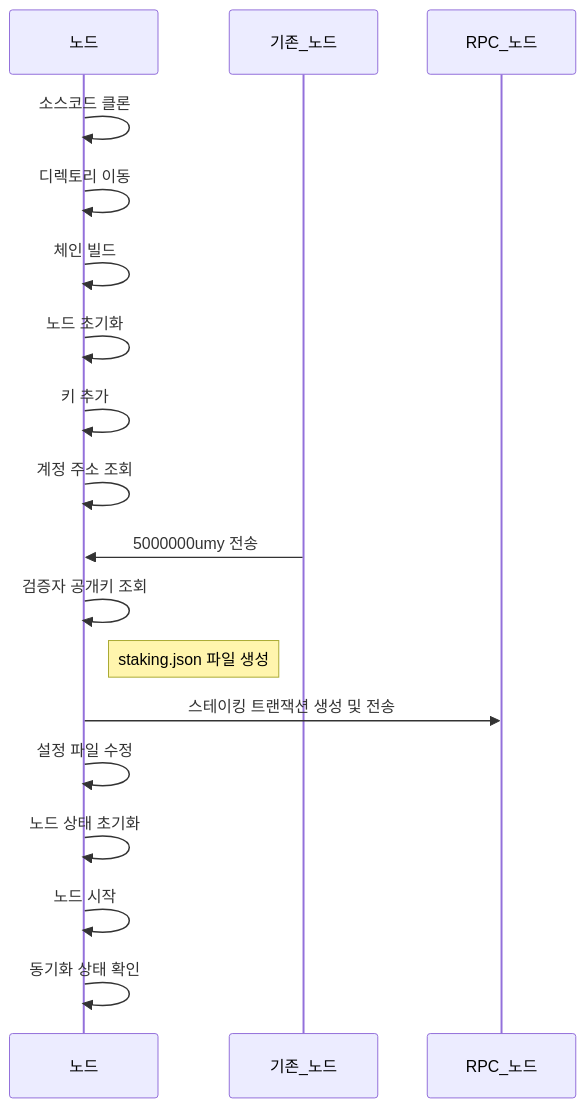
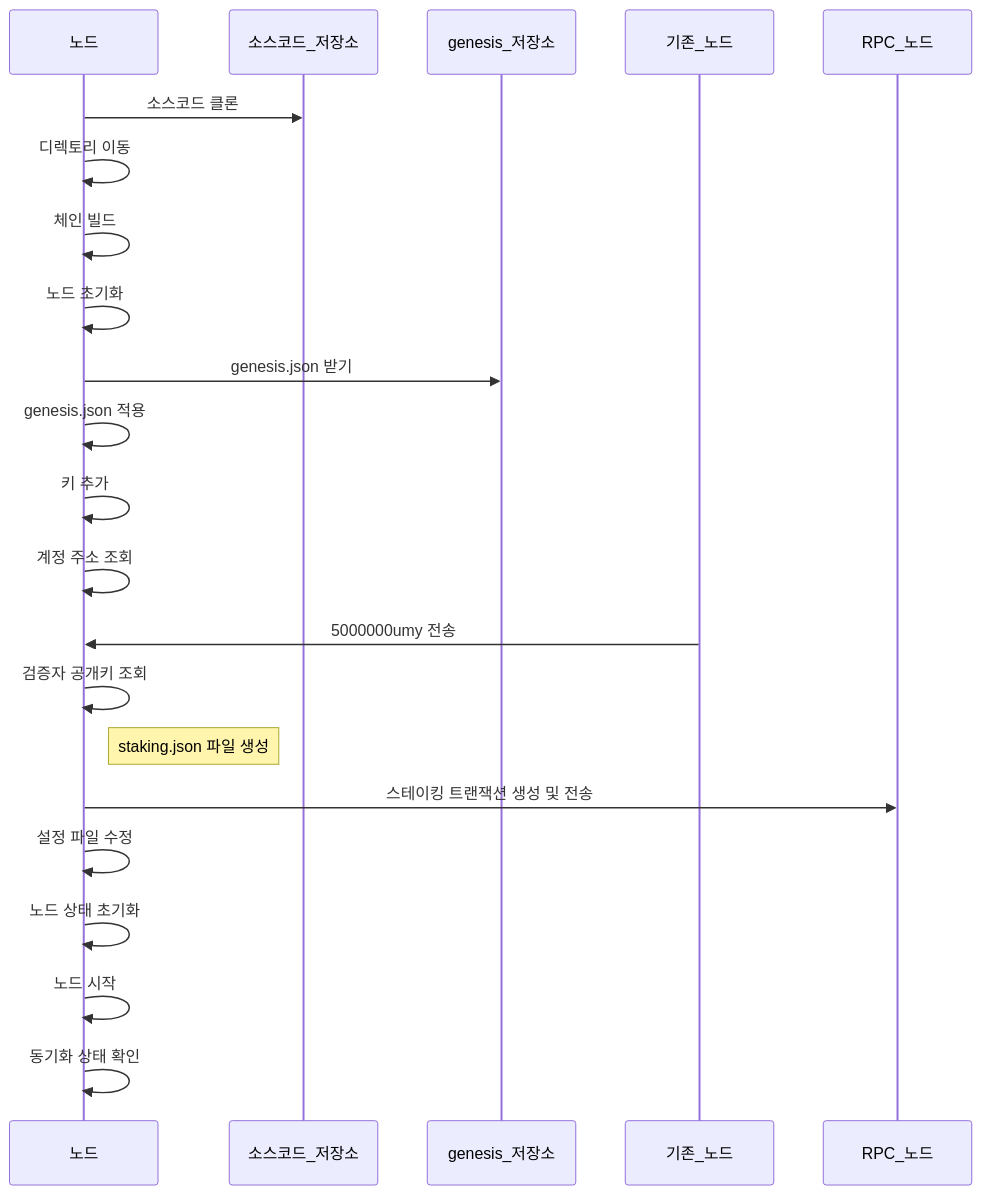
One commit to kdkcom1234/mychain changed the diagram in manual/add-validator-node.md. Above: the diagram before and after it, drawn with Mermaid. The commit also changed other lines of this file and 1 other file, not shown here.

````diff
--- a/manual/add-validator-node.md
+++ b/manual/add-validator-node.md
@@ -166,22 +45,25 @@
 ```mermaid
 sequenceDiagram
     participant 노드
+    participant 소스코드_저장소
+    participant genesis_저장소
     participant 기존_노드
     participant RPC_노드
 
-    노드->>노드: 소스코드 클론
+    노드->>소스코드_저장소: 소스코드 클론
     노드->>노드: 디렉토리 이동
     노드->>노드: 체인 빌드
     노드->>노드: 노드 초기화
+    노드->>genesis_저장소: genesis.json 받기
+    노드->>노드: genesis.json 적용
     노드->>노드: 키 추가
     노드->>노드: 계정 주소 조회
     기존_노드->>노드: 5000000umy 전송
     노드->>노드: 검증자 공개키 조회
     Note right of 노드: staking.json 파일 생성
     노드->>RPC_노드: 스테이킹 트랜잭션 생성 및 전송
     노드->>노드: 설정 파일 수정
     노드->>노드: 노드 상태 초기화
     노드->>노드: 노드 시작
     노드->>노드: 동기화 상태 확인
-
 ```
````
